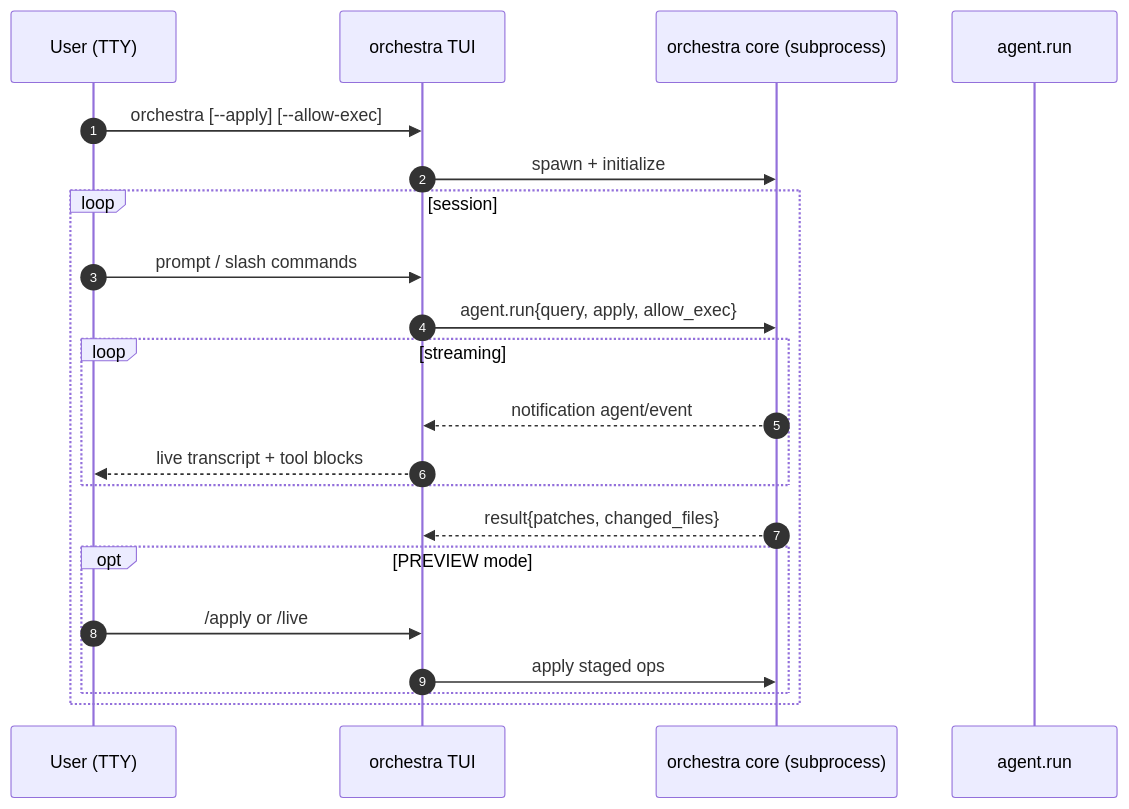
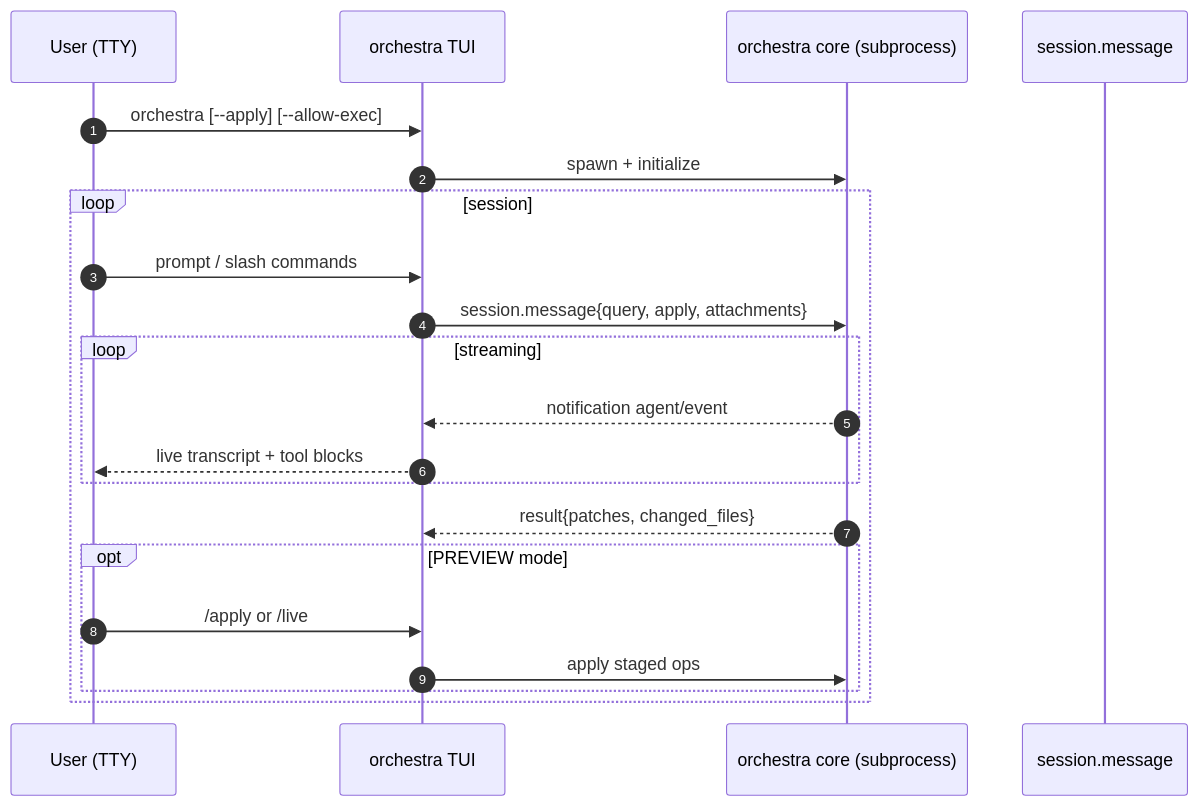
The fifth of 6 diagrams in docs/commands-and-modes.md (GreyKxtx/Orchestra), drawn with Mermaid before and after one commit. The commit also changed other lines of this file and 99 other files, not shown here.

````diff
--- a/docs/commands-and-modes.md
+++ b/docs/commands-and-modes.md
@@ -575,24 +564,24 @@
 ```mermaid
 sequenceDiagram
     autonumber
     participant U as User (TTY)
     participant TUI as orchestra TUI
     participant Core as orchestra core (subprocess)
-    participant Agent as agent.run
+    participant Agent as session.message
 
     U->>TUI: orchestra [--apply] [--allow-exec]
     TUI->>Core: spawn + initialize
     loop session
         U->>TUI: prompt / slash commands
-        TUI->>Core: agent.run{query, apply, allow_exec}
+        TUI->>Core: session.message{query, apply, attachments}
         loop streaming
             Core-->>TUI: notification agent/event
             TUI-->>U: live transcript + tool blocks
         end
         Core-->>TUI: result{patches, changed_files}
         opt PREVIEW mode
             U->>TUI: /apply or /live
             TUI->>Core: apply staged ops
         end
     end
 ```
````
